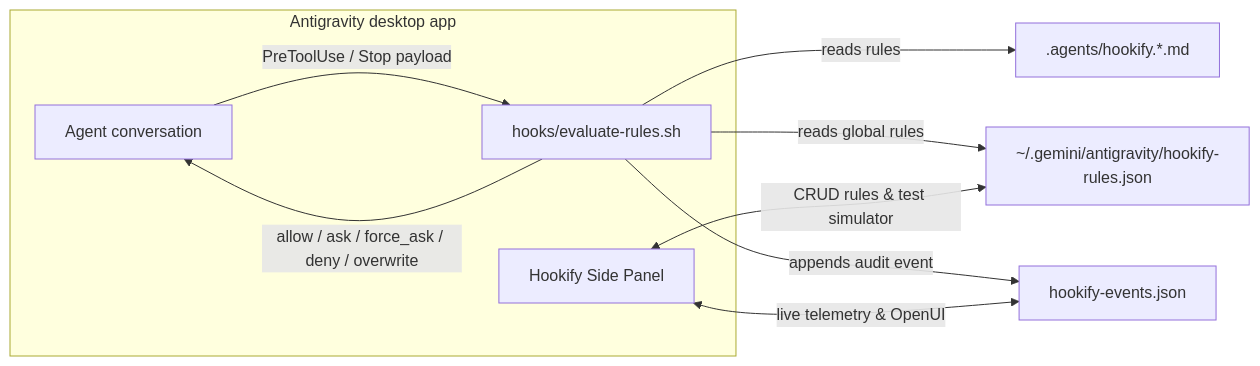
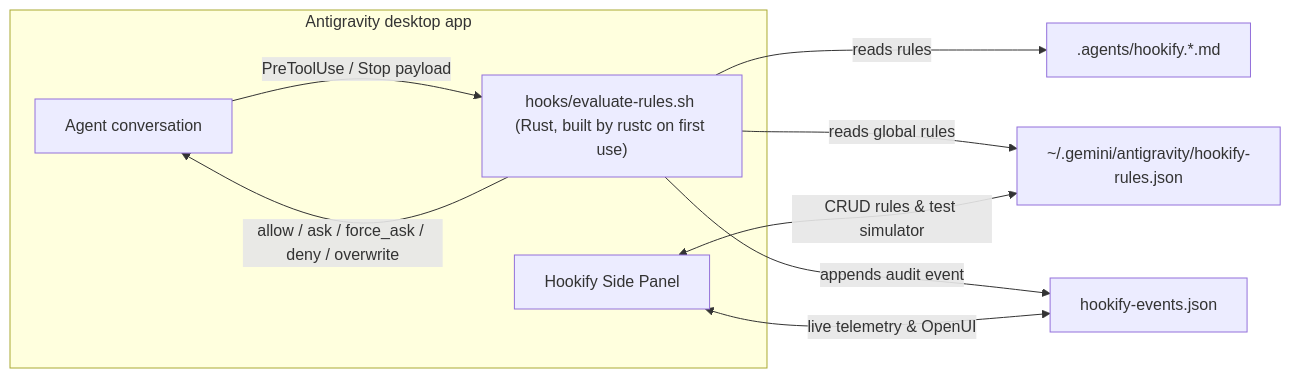
The diagram in apps/desktop/antigravity/plugins/hookify/docs/index.md (VitruvianSoftware/vitruvian-core), drawn with Mermaid before and after one commit. The commit also changed 78 other files, not shown here.

````diff
--- a/apps/desktop/antigravity/plugins/hookify/docs/index.md
+++ b/apps/desktop/antigravity/plugins/hookify/docs/index.md
@@ -10,15 +10,15 @@
 ```mermaid
 flowchart LR
     subgraph app["Antigravity desktop app"]
         conv["Agent conversation"]
-        hook["hooks/evaluate-rules.sh"]
+        hook["hooks/evaluate-rules.sh (Rust, built by rustc on first use)"]
         panel["Hookify Side Panel"]
     end
     conv -- "PreToolUse / Stop payload" --> hook
     hook -- "reads rules" --> md[".agents/hookify.*.md"]
     hook -- "reads global rules" --> json["~/.gemini/antigravity/hookify-rules.json"]
     hook -- "allow / ask / force_ask / deny / overwrite" --> conv
     hook -- "appends audit event" --> events["hookify-events.json"]
     panel <-- "CRUD rules & test simulator" --> json
     panel <-- "live telemetry & OpenUI" --> events
 ```
````
